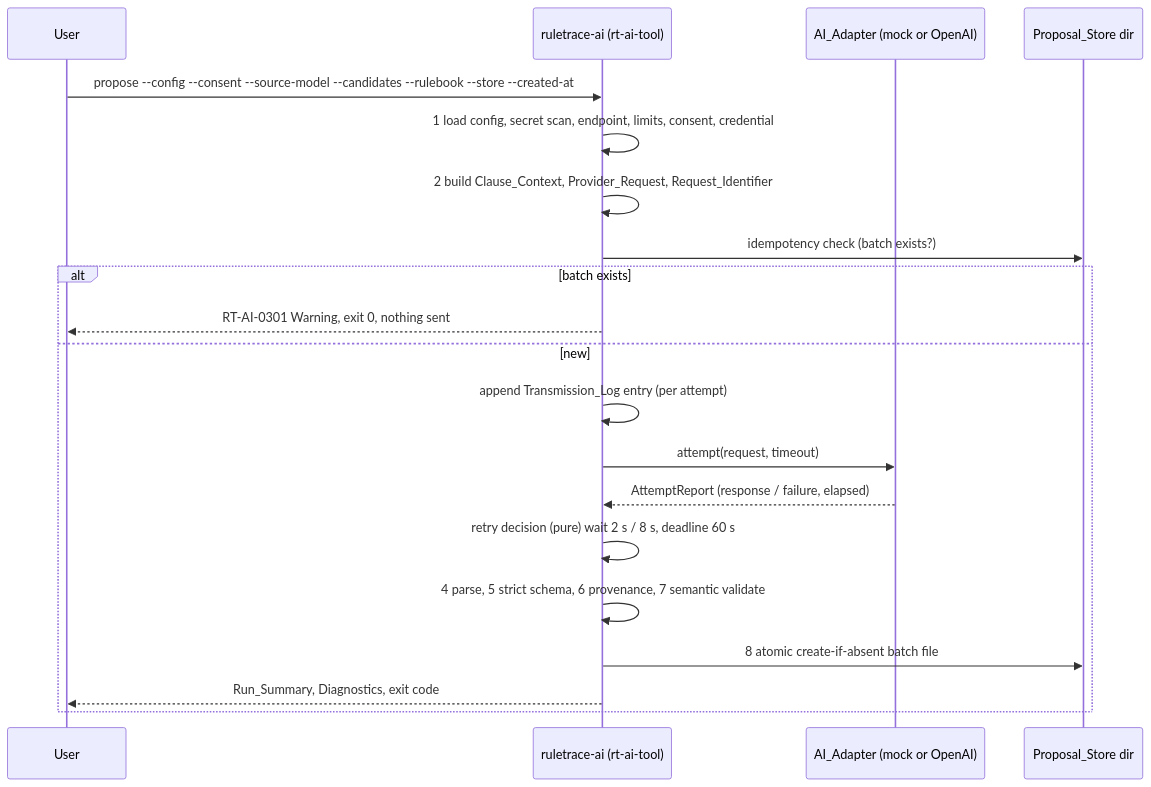
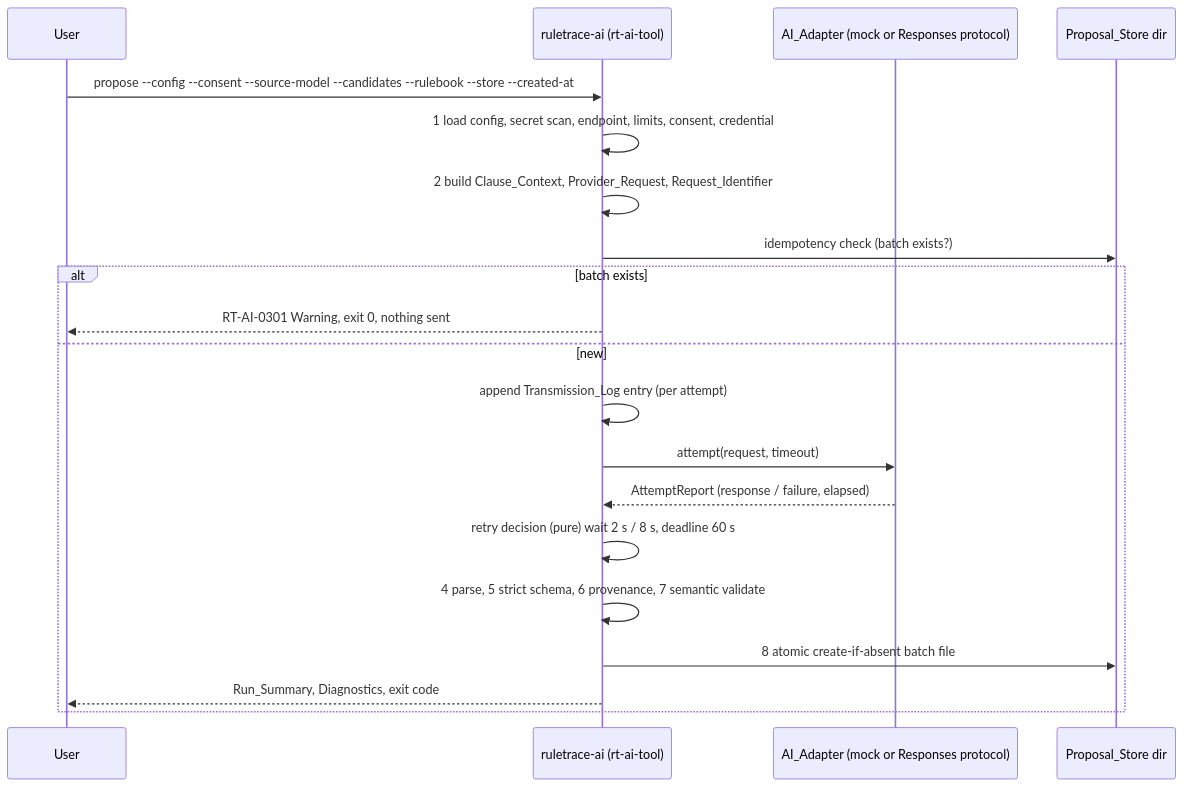
The third of 7 diagrams in .kiro/specs/ruletrace-compiler/design.md (Greatman62k/ruletrace), drawn with Mermaid before and after one commit. The commit also changed other lines of this file, not shown here.

First line of the commit message:
docs(spec): design for UD-37 (rt-ai-responses, flat schema, store and config v2)

````diff
--- a/.kiro/specs/ruletrace-compiler/design.md
+++ b/.kiro/specs/ruletrace-compiler/design.md
@@ -142,22 +143,22 @@
 ```mermaid
 sequenceDiagram
   participant U as User
   participant T as ruletrace-ai (rt-ai-tool)
-  participant P as AI_Adapter (mock or OpenAI)
+  participant P as AI_Adapter (mock or Responses protocol)
   participant S as Proposal_Store dir
   U->>T: propose --config --consent --source-model --candidates --rulebook --store --created-at
   T->>T: 1 load config, secret scan, endpoint, limits, consent, credential
   T->>T: 2 build Clause_Context, Provider_Request, Request_Identifier
   T->>S: idempotency check (batch exists?)
   alt batch exists
     T-->>U: RT-AI-0301 Warning, exit 0, nothing sent
   else new
     T->>T: append Transmission_Log entry (per attempt)
     T->>P: attempt(request, timeout)
     P-->>T: AttemptReport (response / failure, elapsed)
     T->>T: retry decision (pure) wait 2 s / 8 s, deadline 60 s
     T->>T: 4 parse, 5 strict schema, 6 provenance, 7 semantic validate
     T->>S: 8 atomic create-if-absent batch file
     T-->>U: Run_Summary, Diagnostics, exit code
   end
 ```
````
